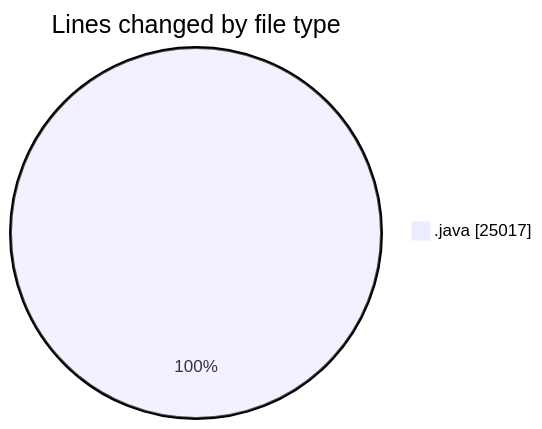
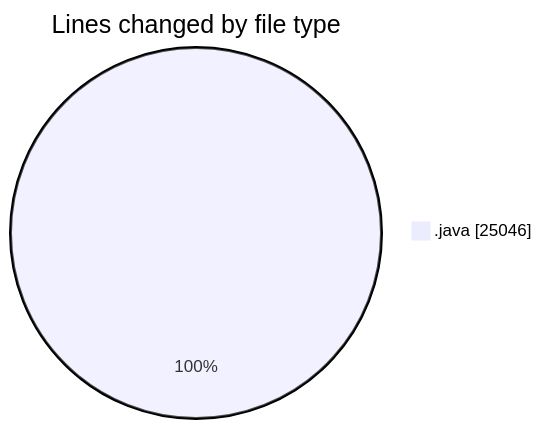
One commit to ricardozamudiocil/code-tracking changed the first of 2 diagrams in 2026-05-19/cilapp/README.md. Above: the diagram before and after it, drawn with Mermaid. The commit also changed other lines of this file and 1 other file, not shown here.

````diff
--- a/2026-05-19/cilapp/README.md
+++ b/2026-05-19/cilapp/README.md
@@ -23,5 +23,5 @@
 ```mermaid
 pie showData
 title Lines changed by file type
-".java" : 25017
+".java" : 25046
 ```
````
